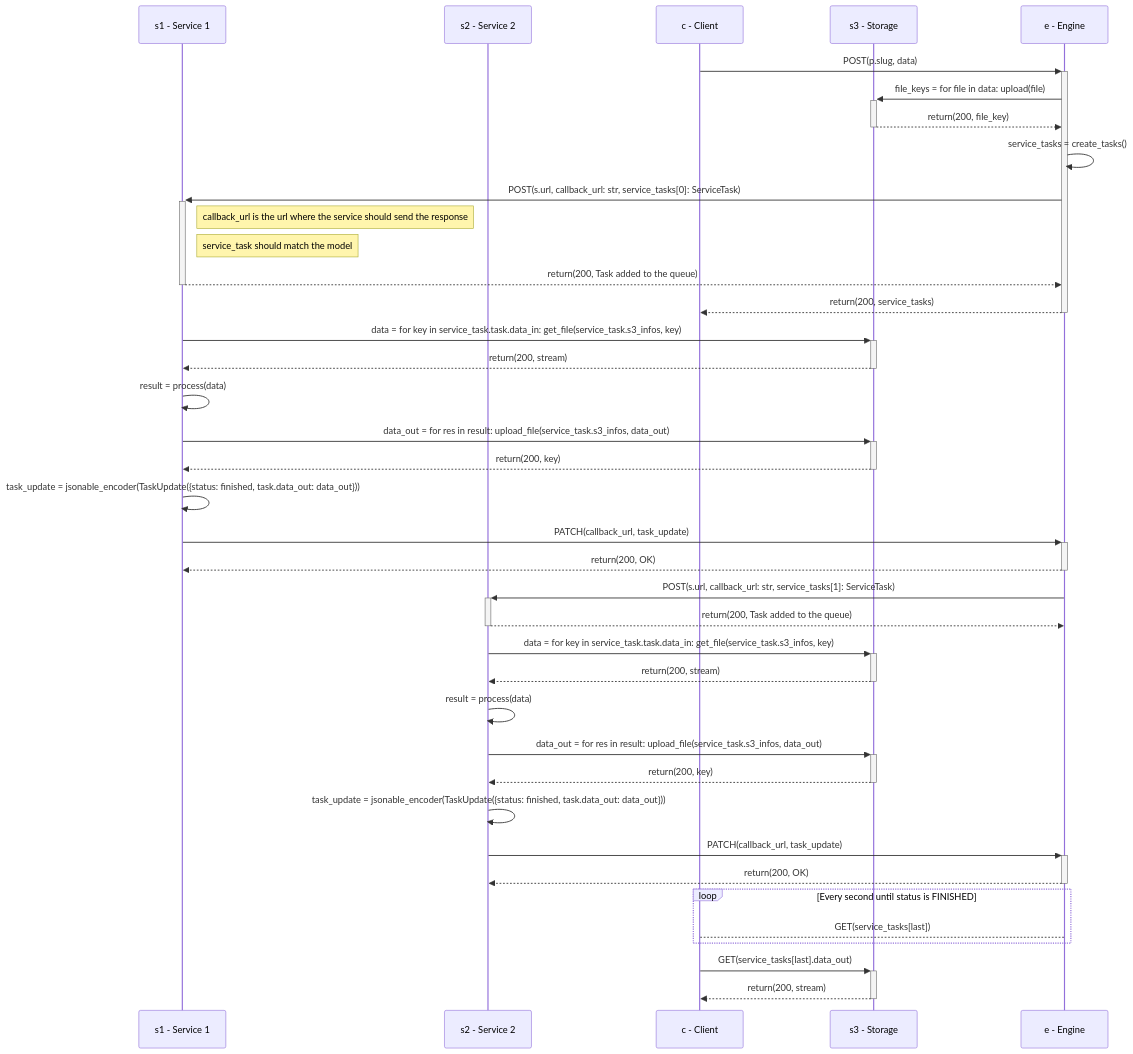
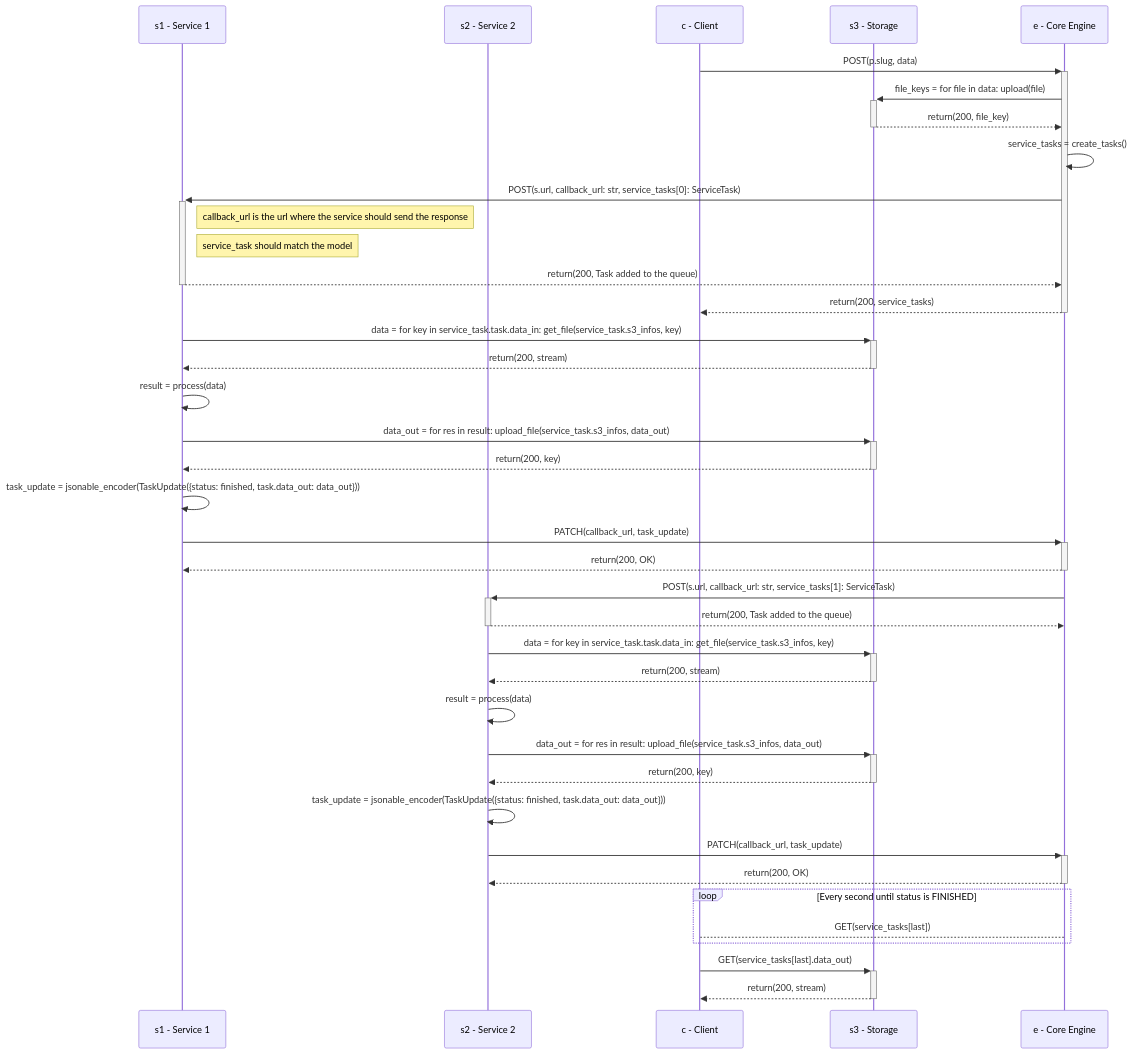
The diagram in docs/reference/pipeline.md (swiss-ai-center/core-engine), drawn with Mermaid before and after one commit. The commit also changed other lines of this file and 14 other files, not shown here.

````diff
--- a/docs/reference/pipeline.md
+++ b/docs/reference/pipeline.md
@@ -14,40 +14,40 @@
 ```mermaid
 sequenceDiagram
     participant S1 as s1 - Service 1
     participant S2 as s2 - Service 2
     participant C as c - Client
     participant S3 as s3 - Storage
-    participant E as e - Engine
+    participant E as e - Core Engine
     C->>+E: POST(p.slug, data)
     E->>+S3: file_keys = for file in data: upload(file)
     S3-->>-E: return(200, file_key)
     E->>E: service_tasks = create_tasks()
     E->>+S1: POST(s.url, callback_url: str, service_tasks[0]: ServiceTask)
     Note right of S1: callback_url is the url where the service should send the response
     Note right of S1: service_task should match the model
     S1-->>-E: return(200, Task added to the queue)
     E-->>-C: return(200, service_tasks)
     S1->>+S3: data = for key in service_task.task.data_in: get_file(service_task.s3_infos, key)
     S3-->>-S1: return(200, stream)
     S1->>S1: result = process(data)
     S1->>+S3: data_out = for res in result: upload_file(service_task.s3_infos, data_out)
     S3-->>-S1: return(200, key)
     S1->>S1: task_update = jsonable_encoder(TaskUpdate({status: finished, task.data_out: data_out}))
     S1->>+E: PATCH(callback_url, task_update)
     E-->>-S1: return(200, OK)
     E->>+S2: POST(s.url, callback_url: str, service_tasks[1]: ServiceTask)
     S2-->>-E: return(200, Task added to the queue)
     S2->>+S3: data = for key in service_task.task.data_in: get_file(service_task.s3_infos, key)
     S3-->>-S2: return(200, stream)
     S2->>S2: result = process(data)
     S2->>+S3: data_out = for res in result: upload_file(service_task.s3_infos, data_out)
     S3-->>-S2: return(200, key)
     S2->>S2: task_update = jsonable_encoder(TaskUpdate({status: finished, task.data_out: data_out}))
     S2->>+E: PATCH(callback_url, task_update)
     E-->>-S2: return(200, OK)
     loop Every second until status is FINISHED
         C-->E: GET(service_tasks[last])
     end
     C->>+S3: GET(service_tasks[last].data_out)
     S3-->>-C: return(200, stream)
 ```
````
